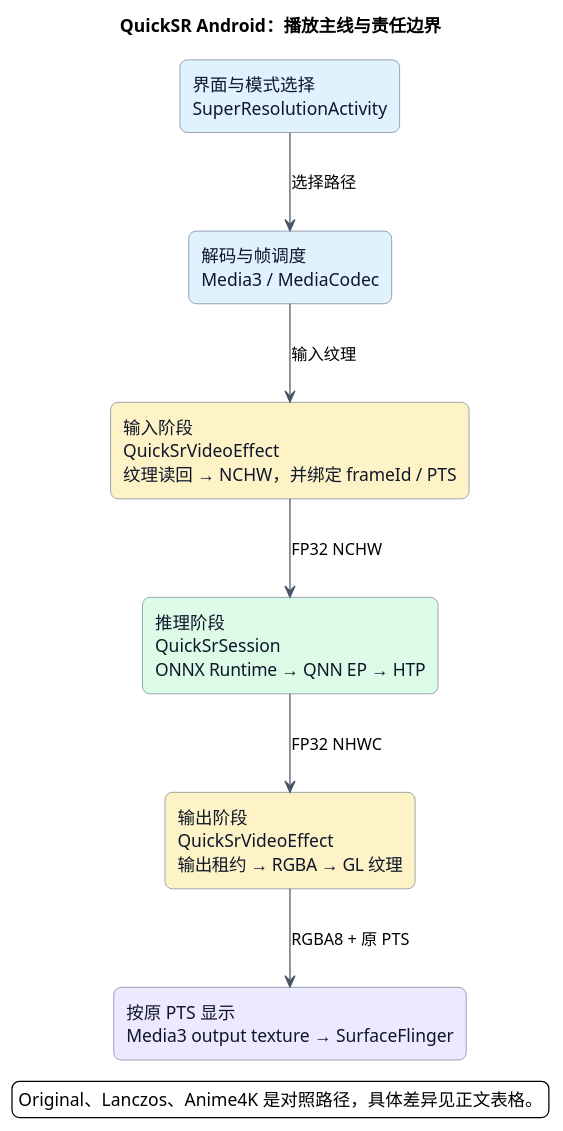
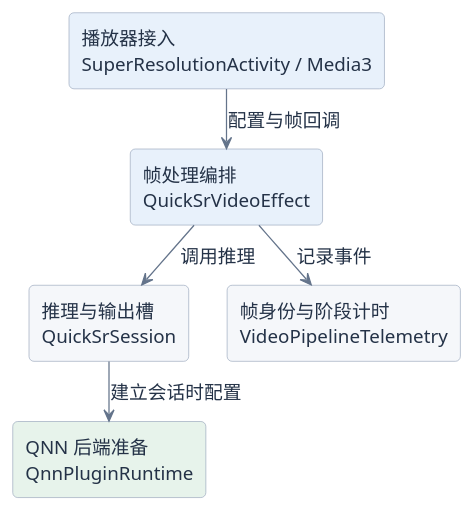
Before and after one commit to znbsf/quicksr-mobile-player-lab: the diagram in docs/diagrams/edge-code-architecture.puml, drawn with PlantUML. The commit also changed 8 other files, not shown here.

Commit message:
docs: rebuild deployment guide around the video frame lifecycle

```diff
--- a/docs/diagrams/edge-code-architecture.puml
+++ b/docs/diagrams/edge-code-architecture.puml
@@ -1,33 +1,27 @@
 @startuml
-title QuickSR Android：播放主线与责任边界
-
-skinparam defaultFontName Noto Sans SC
+skinparam defaultFontName Microsoft YaHei UI
+skinparam defaultFontSize 15
+skinparam defaultFontColor #243247
 skinparam backgroundColor white
 skinparam shadowing false
-skinparam roundcorner 12
-skinparam ArrowColor #475569
+skinparam roundcorner 8
+skinparam ranksep 26
+skinparam nodesep 30
+skinparam ArrowColor #64748B
 skinparam rectangle {
-  BackgroundColor #F8FAFC
-  BorderColor #64748B
-  FontColor #0F172A
+  BackgroundColor #F5F7FA
+  BorderColor #94A3B8
 }
-
 top to bottom direction
 
-rectangle "界面与模式选择\nSuperResolutionActivity" as UI #E0F2FE
-rectangle "解码与帧调度\nMedia3 / MediaCodec" as MEDIA_IN #E0F2FE
-rectangle "输入阶段\nQuickSrVideoEffect\n纹理读回 → NCHW，并绑定 frameId / PTS" as INPUT #FEF3C7
-rectangle "推理阶段\nQuickSrSession\nONNX Runtime → QNN EP → HTP" as INFER #DCFCE7
-rectangle "输出阶段\nQuickSrVideoEffect\n输出租约 → RGBA → GL 纹理" as OUTPUT #FEF3C7
-rectangle "按原 PTS 显示\nMedia3 output texture → SurfaceFlinger" as DISPLAY #EDE9FE
+rectangle "播放器接入\nSuperResolutionActivity / Media3" as PLAYER #E8F1FB
+rectangle "帧处理编排\nQuickSrVideoEffect" as EFFECT #E8F1FB
+rectangle "推理与输出槽\nQuickSrSession" as SESSION
+rectangle "帧身份与阶段计时\nVideoPipelineTelemetry" as TELEMETRY
+rectangle "QNN 后端准备\nQnnPluginRuntime" as RUNTIME #E7F3EB
 
-UI --> MEDIA_IN : 选择路径
-MEDIA_IN --> INPUT : 输入纹理
-INPUT --> INFER : FP32 NCHW
-INFER --> OUTPUT : FP32 NHWC
-OUTPUT --> DISPLAY : RGBA8 + 原 PTS
-
-legend bottom
-  Original、Lanczos、Anime4K 是对照路径，具体差异见正文表格。
-endlegend
+PLAYER --> EFFECT : 配置与帧回调
+EFFECT --> SESSION : 调用推理
+EFFECT --> TELEMETRY : 记录事件
+SESSION --> RUNTIME : 建立会话时配置
 @enduml
```
